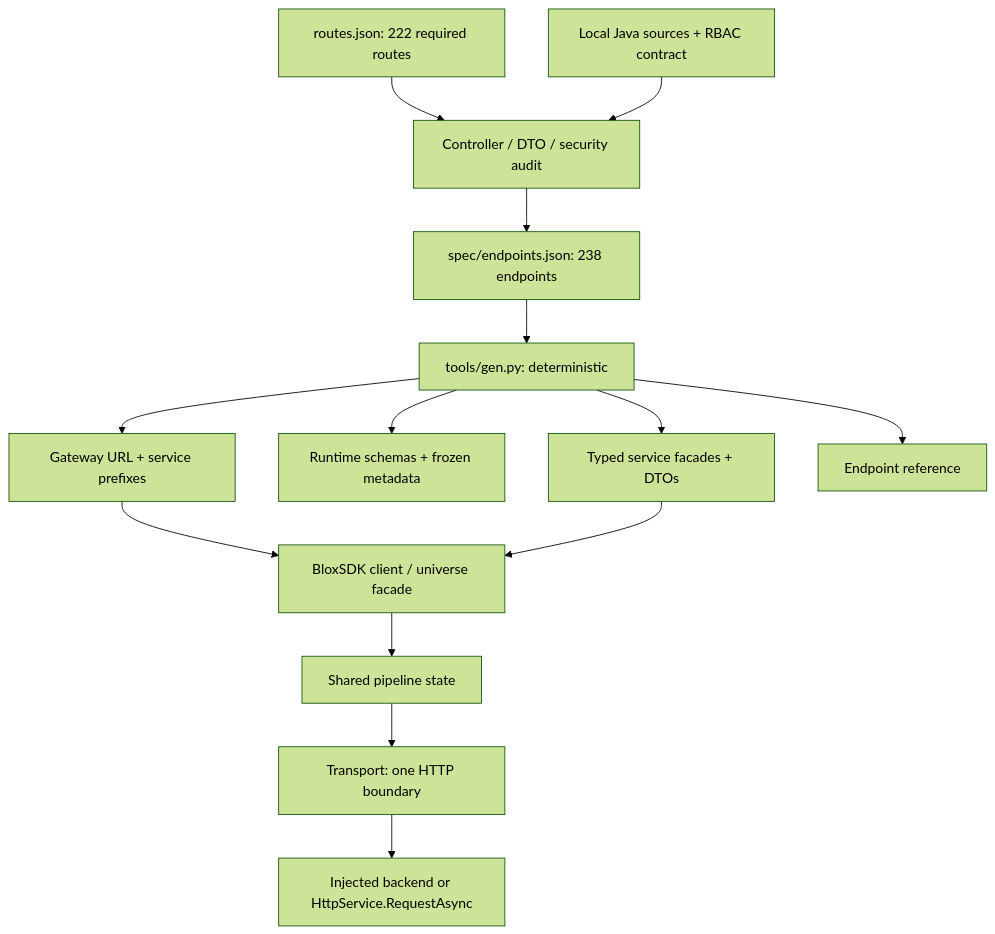
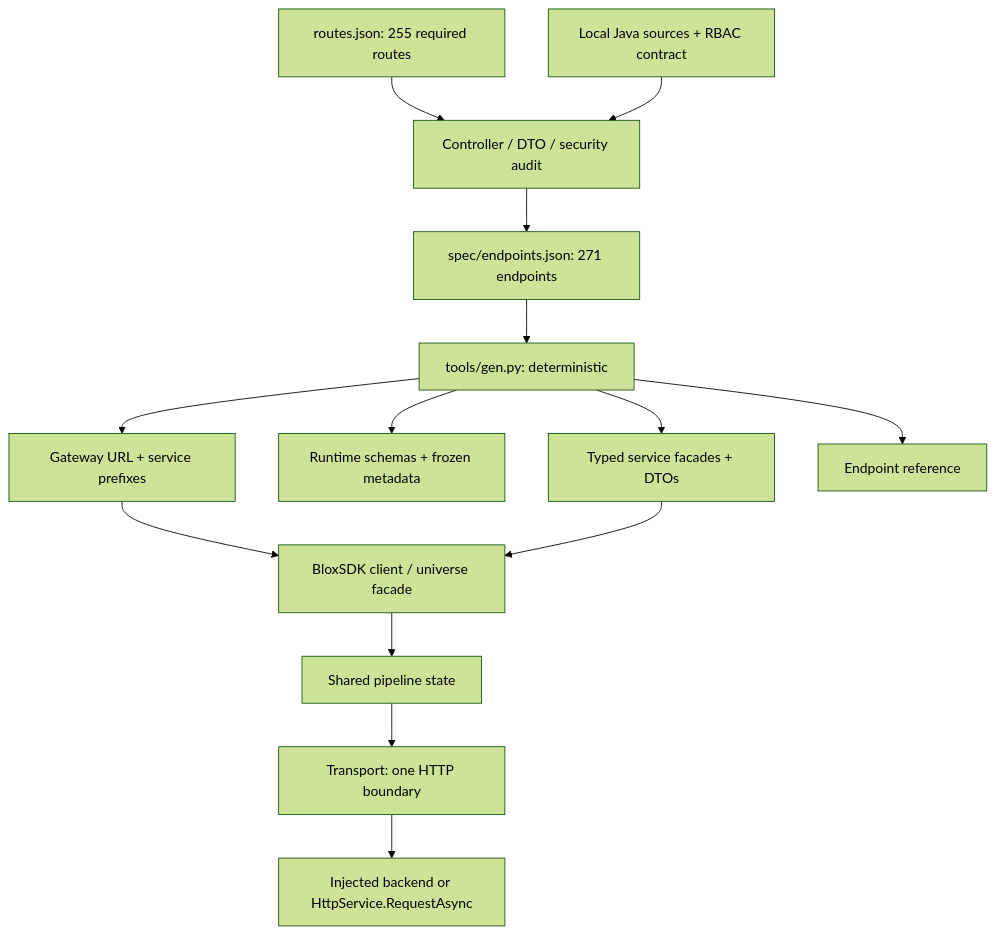
Before and after one commit to samjay22/blox-sdk: the first of 2 diagrams in docs/ARCHITECTURE.md, drawn with Mermaid (forest theme). The commit also changed other lines of this file and 49 other files, not shown here.

````diff
--- a/docs/ARCHITECTURE.md
+++ b/docs/ARCHITECTURE.md
@@ -3,16 +3,16 @@
 ```mermaid
 flowchart TD
-  Routes[routes.json: 222 required routes] --> Audit[Controller / DTO / security audit]
+  Routes[routes.json: 255 required routes] --> Audit[Controller / DTO / security audit]
   Java[Local Java sources + RBAC contract] --> Audit
-  Audit --> Spec[spec/endpoints.json: 238 endpoints]
+  Audit --> Spec[spec/endpoints.json: 271 endpoints]
   Spec --> Generator[tools/gen.py: deterministic]
   Generator --> Services[Typed service facades + DTOs]
   Generator --> Schemas[Runtime schemas + frozen metadata]
   Generator --> Routing[Gateway URL + service prefixes]
   Routing --> Client
   Generator --> Reference[Endpoint reference]
   Services --> Client[BloxSDK client / universe facade]
   Client --> Pipeline[Shared pipeline state]
   Pipeline --> Transport[Transport: one HTTP boundary]
   Transport --> Backend[Injected backend or HttpService.RequestAsync]
 ```
````
